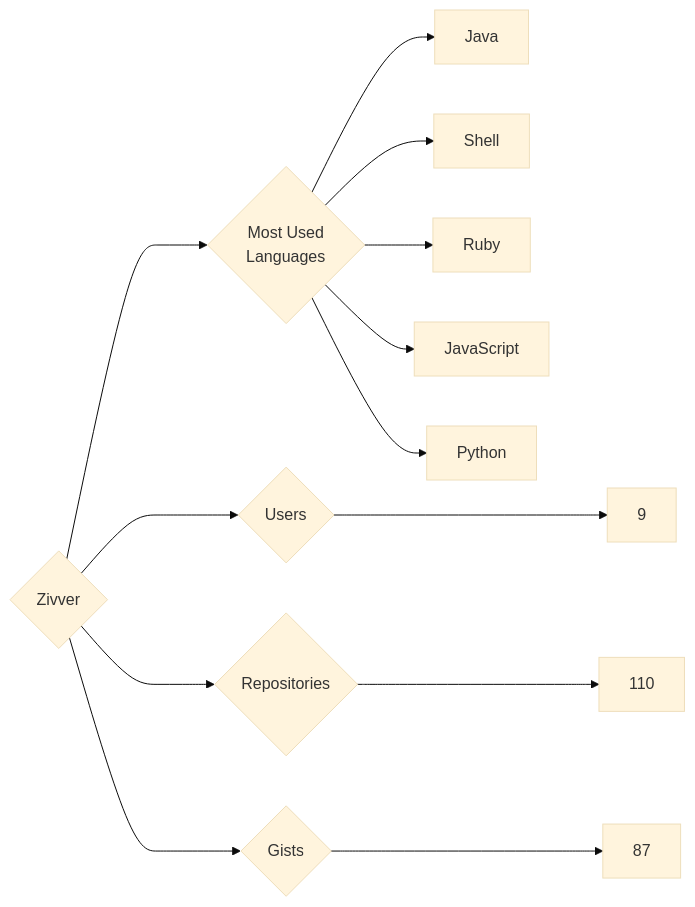
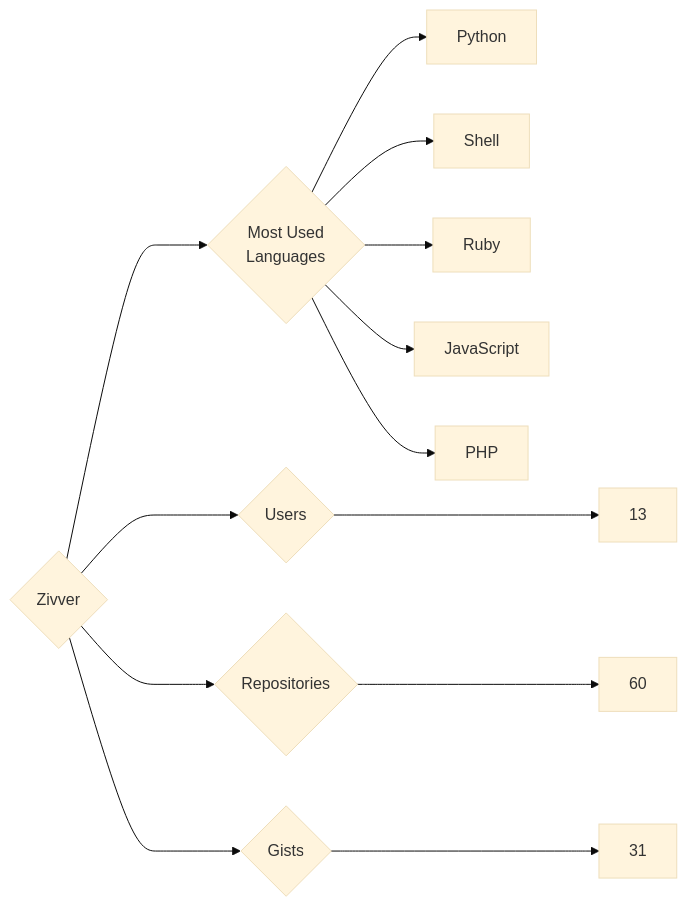
The diagram in targets/Zivver/README.md (trickest/insiders), drawn with Mermaid (base theme) before and after one commit. The commit also changed 1011 other files, not shown here.

````diff
--- a/targets/Zivver/README.md
+++ b/targets/Zivver/README.md
@@ -3,13 +3,13 @@
 ```mermaid
 graph LR
 COMPANY_NAME{Zivver}
-COMPANY_NAME ---> U{Users} ---> UN[9]
-COMPANY_NAME ---> R{Repositories} ---> RN[110]
-COMPANY_NAME ---> G{Gists} ---> GN[87]
+COMPANY_NAME ---> U{Users} ---> UN[13]
+COMPANY_NAME ---> R{Repositories} ---> RN[60]
+COMPANY_NAME ---> G{Gists} ---> GN[31]
 COMPANY_NAME ---> ML{Most Used<br>Languages}
-ML --> Java[Java]
+ML --> Python[Python]
 ML --> Shell[Shell]
 ML --> Ruby[Ruby]
 ML --> JavaScript[JavaScript]
-ML --> Python[Python]
+ML --> PHP[PHP]
 ```
````
